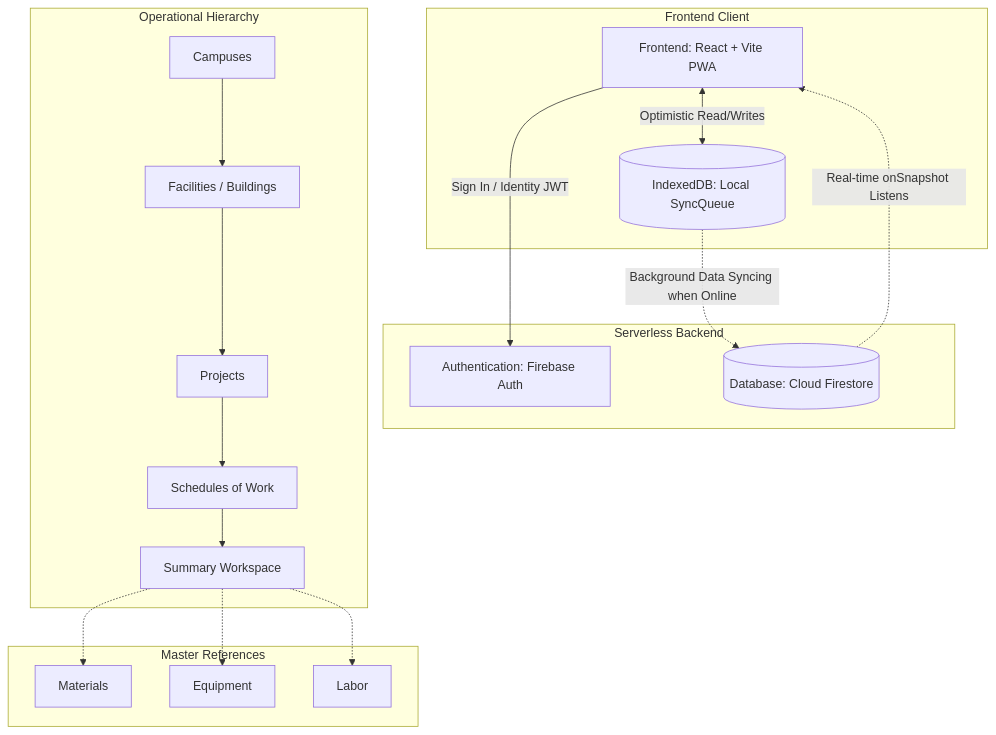
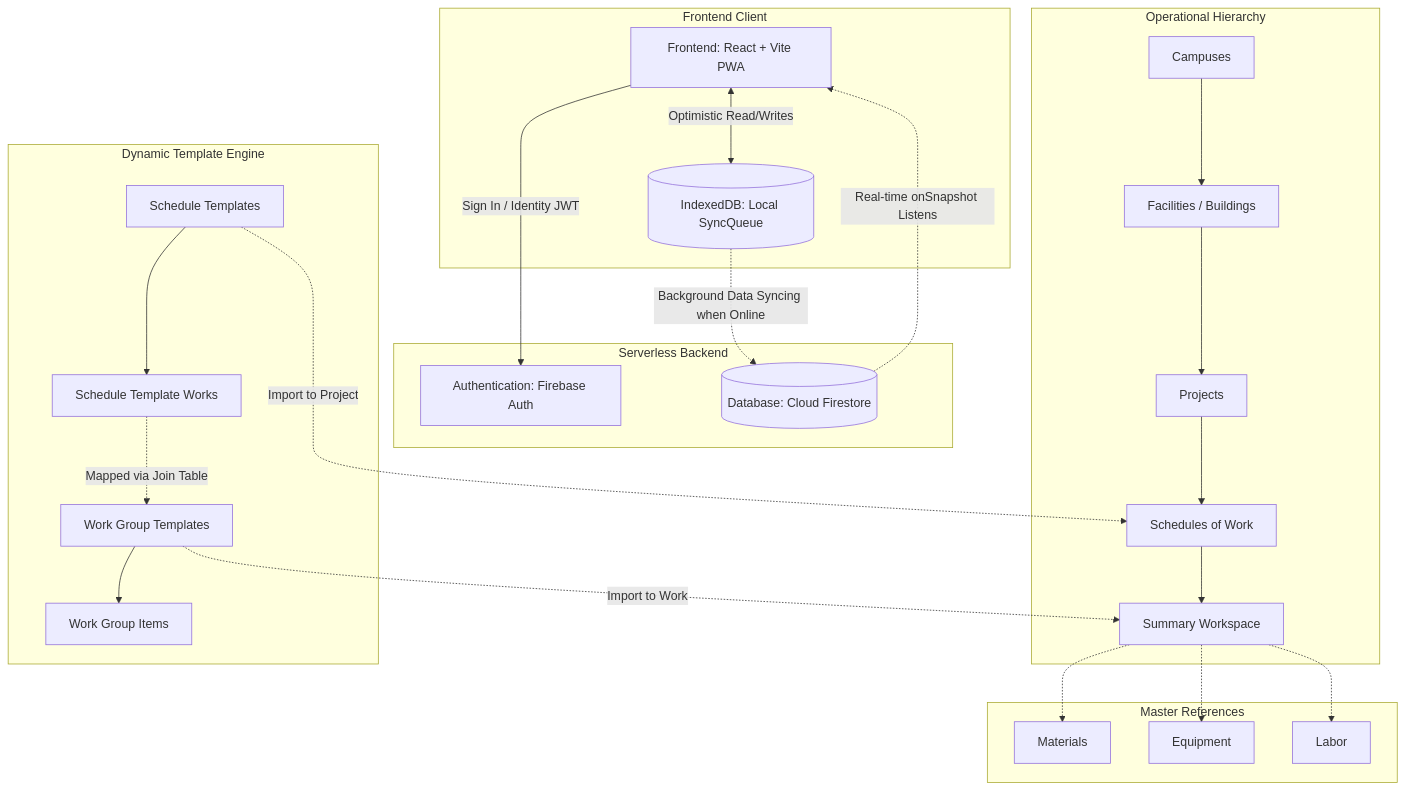
One commit to knsmnth/PPCMS-WEB changed the first of 3 diagrams in README.md. Above: the diagram before and after it, drawn with Mermaid. The commit also changed other lines of this file, not shown here.

Commit message:
docs: add dynamic template engine architecture and schema details to README

````diff
--- a/README.md
+++ b/README.md
@@ -16,34 +16,43 @@
 ```mermaid
 graph TD
     subgraph Frontend Client
     UI[Frontend: React + Vite PWA]
     IDB[(IndexedDB: Local SyncQueue)]
     end
     
     subgraph Serverless Backend
     Auth[Authentication: Firebase Auth]
     DB[(Database: Cloud Firestore)]
     end
 
     UI <--> |Optimistic Read/Writes| IDB
     UI --> |Sign In / Identity JWT| Auth
     IDB -.-> |Background Data Syncing when Online| DB
     DB -.-> |Real-time onSnapshot Listens| UI
     
     subgraph Operational Hierarchy
     C[Campuses] --> F[Facilities / Buildings]
     F --> P[Projects]
     P --> S[Schedules of Work]
     S --> W[Summary Workspace]
     end
+
+    subgraph Dynamic Template Engine
+    ST[Schedule Templates] --> SWT[Schedule Template Works]
+    WGT[Work Group Templates] --> WGTI[Work Group Items]
+    SWT -.-> |Mapped via Join Table| WGT
+    end
+
+    ST -.-> |Import to Project| S
+    WGT -.-> |Import to Work| W
     
     subgraph Master References
     M[Materials]
     E[Equipment]
     L[Labor]
     end
     
     W -.-> M
     W -.-> E
     W -.-> L
 ```
````
